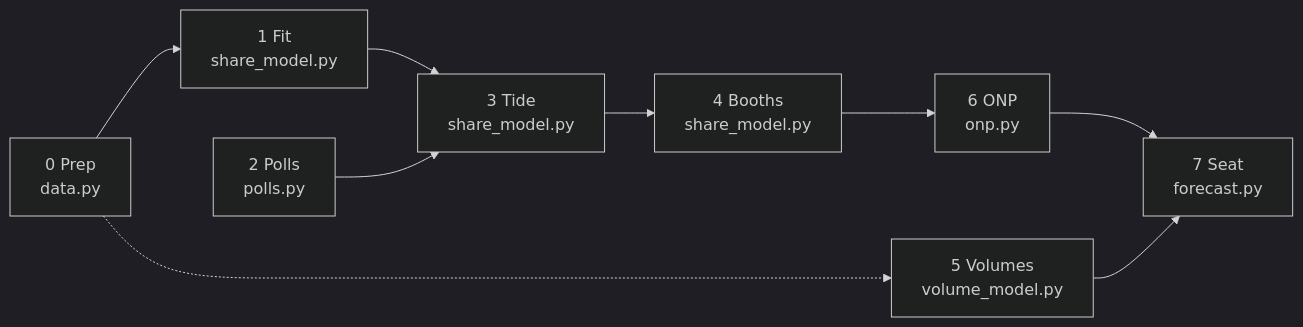
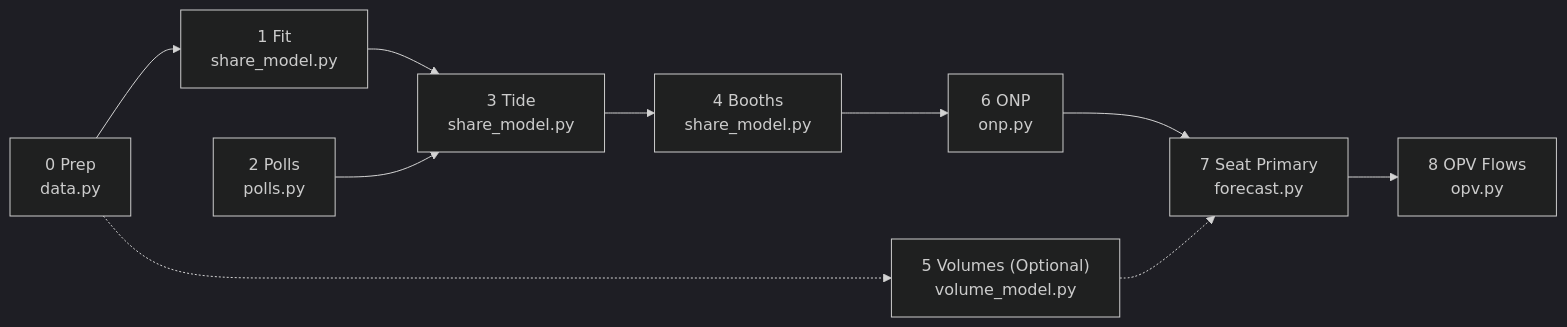
One commit to raeganraegan/ELECTION_ENGINE changed the diagram in README.md. Above: the diagram before and after it, drawn with Mermaid (dark theme).

Commit message:
added opv to the mermaid flow blahblah

````diff
--- a/README.md
+++ b/README.md
@@ -207,11 +207,12 @@
 ```mermaid
 flowchart LR
     D["0 Prep<br/>data.py"] --> F["1 Fit<br/>share_model.py"]
     F --> T["3 Tide<br/>share_model.py"]
     P["2 Polls<br/>polls.py"] --> T
     T --> B["4 Booths<br/>share_model.py"]
     B --> O["6 ONP<br/>onp.py"]
-    O --> S["7 Seat<br/>forecast.py"]
-    D -.-> V["5 Volumes<br/>volume_model.py"]
-    V --> S
+    O --> S["7 Seat Primary<br/>forecast.py"]
+    D -.-> V["5 Volumes (Optional)<br/>volume_model.py"]
+    V -.-> S
+    S --> N["8 OPV Flows<br/>opv.py"]
 ```
````
